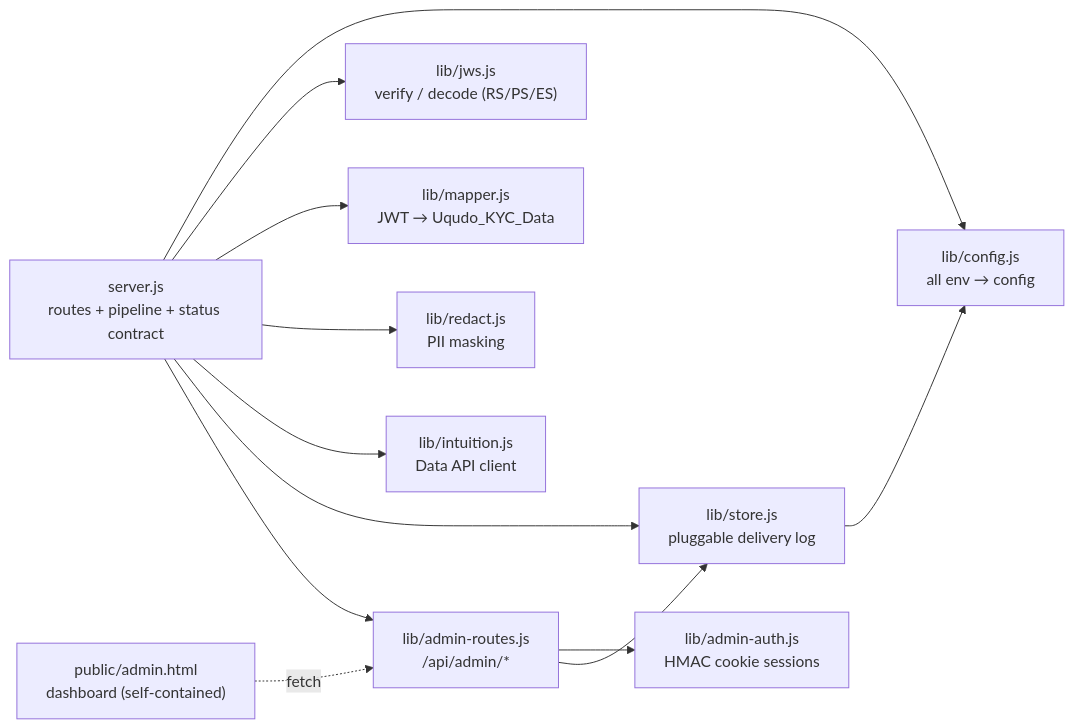
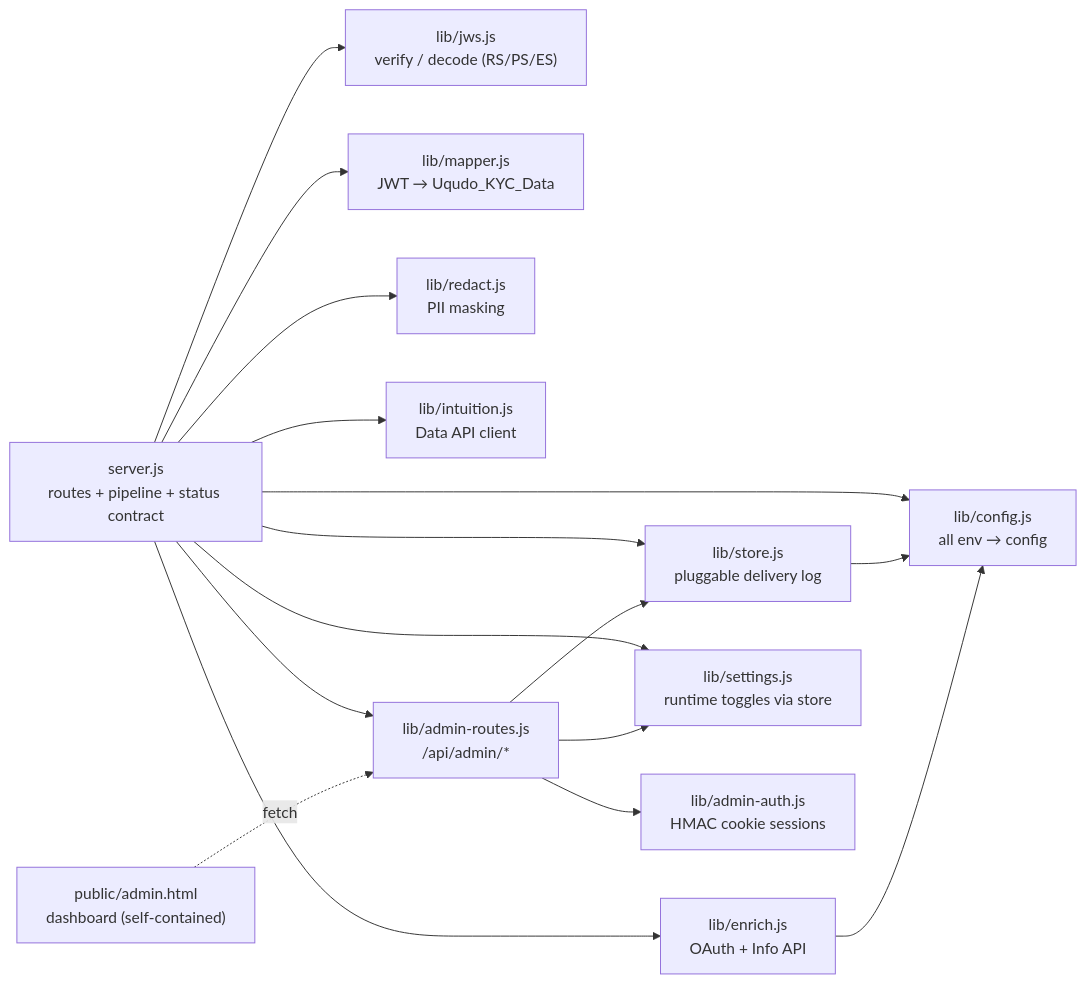
One commit to kanziLAB/uqudo-webhook-relay changed the seventh of 12 diagrams in docs/ARCHITECTURE.md. Above: the diagram before and after it, drawn with Mermaid. The commit also changed other lines of this file and 2 other files, not shown here.

First line of the commit message:
Docs: installation guide with backend selector + illustrated architecture

````diff
--- a/docs/ARCHITECTURE.md
+++ b/docs/ARCHITECTURE.md
@@ -92,18 +255,21 @@
 ```mermaid
 flowchart LR
   SRV["server.js<br/>routes + pipeline + status contract"]
   CFG["lib/config.js<br/>all env → config"]
   JWS["lib/jws.js<br/>verify / decode (RS/PS/ES)"]
+  ENR["lib/enrich.js<br/>OAuth + Info API"]
   MAP["lib/mapper.js<br/>JWT → Uqudo_KYC_Data"]
   RED["lib/redact.js<br/>PII masking"]
   INT["lib/intuition.js<br/>Data API client"]
   STORE["lib/store.js<br/>pluggable delivery log"]
+  SET["lib/settings.js<br/>runtime toggles via store"]
   AUTH["lib/admin-auth.js<br/>HMAC cookie sessions"]
   ROUTES["lib/admin-routes.js<br/>/api/admin/*"]
   UI["public/admin.html<br/>dashboard (self-contained)"]
 
-  SRV --> CFG & JWS & MAP & RED & INT & STORE & ROUTES
-  ROUTES --> AUTH & STORE
+  SRV --> CFG & JWS & ENR & MAP & RED & INT & STORE & SET & ROUTES
+  ROUTES --> AUTH & STORE & SET
   UI -. fetch .-> ROUTES
   STORE --> CFG
+  ENR --> CFG
 ```
````
